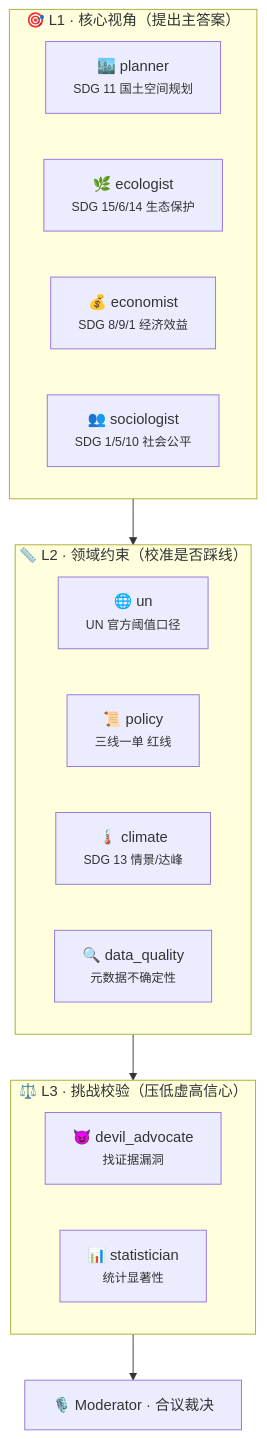
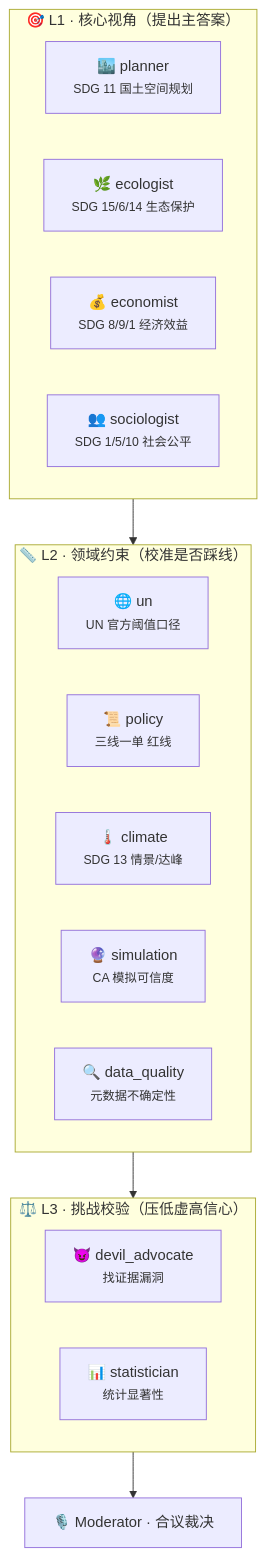
Before and after one commit to sunzhenhui/geosdg: the third of 4 diagrams in agent/geosdg-agent/README.md, drawn with Mermaid. The commit also changed other lines of this file and 16 other files, not shown here.

````diff
--- a/agent/geosdg-agent/README.md
+++ b/agent/geosdg-agent/README.md
@@ -94,27 +98,28 @@
 ```mermaid
 flowchart TB
     subgraph L1["🎯 L1 · 核心视角（提出主答案）"]
         direction LR
         L1a["🏙️ planner<br/><small>SDG 11 国土空间规划</small>"]
         L1b["🌿 ecologist<br/><small>SDG 15/6/14 生态保护</small>"]
         L1c["💰 economist<br/><small>SDG 8/9/1 经济效益</small>"]
         L1d["👥 sociologist<br/><small>SDG 1/5/10 社会公平</small>"]
     end
 
     subgraph L2["📏 L2 · 领域约束（校准是否踩线）"]
         direction LR
         L2a["🌐 un<br/><small>UN 官方阈值口径</small>"]
         L2b["📜 policy<br/><small>三线一单 红线</small>"]
         L2c["🌡️ climate<br/><small>SDG 13 情景/达峰</small>"]
-        L2d["🔍 data_quality<br/><small>元数据不确定性</small>"]
+        L2d["🔮 simulation<br/><small>CA 模拟可信度</small>"]
+        L2e["🔍 data_quality<br/><small>元数据不确定性</small>"]
     end
 
     subgraph L3["⚖️ L3 · 挑战校验（压低虚高信心）"]
         direction LR
         L3a["😈 devil_advocate<br/><small>找证据漏洞</small>"]
         L3b["📊 statistician<br/><small>统计显著性</small>"]
     end
 
     L1 --> L2 --> L3
     L3 --> M["🎙️ Moderator · 合议裁决"]
 ```
````
